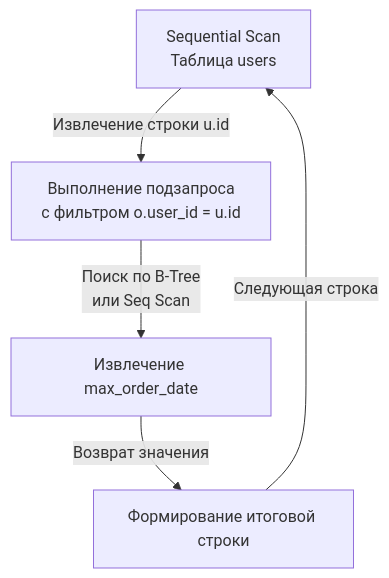
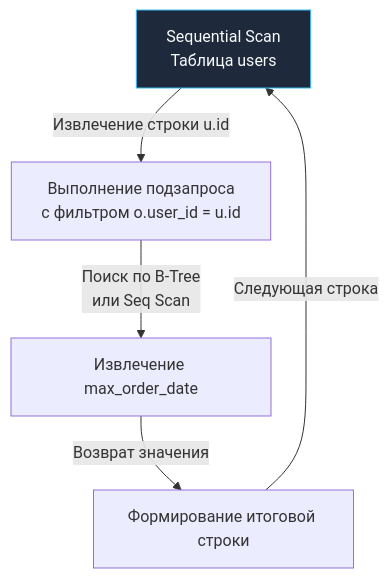
Before and after one commit to UnrealTemplier/go-textbook: the diagram in sources/12. Базы данных/02. SQL базовый/9. Подзапросы.md, drawn with Mermaid. The commit also changed 1666 other files, not shown here.

First line of the commit message:
feat(mermaid): add semantic color classDef to 1369 colorless flowchart/graph diagrams

````diff
--- a/sources/12. Базы данных/02. SQL базовый/9. Подзапросы.md
+++ b/sources/12. Базы данных/02. SQL базовый/9. Подзапросы.md
@@ -88,7 +88,17 @@
 ```mermaid
 flowchart TD
-    OuterScan["Sequential Scan<br>Таблица users"] -->|"Извлечение строки u.id"| InnerExecution["Выполнение подзапроса<br>с фильтром o.user_id = u.id"]
+    classDef process  fill:#1e293b,stroke:#38bdf8,stroke-width:1px,color:#f8fafc
+    classDef success  fill:#064e3b,stroke:#34d399,stroke-width:1px,color:#f8fafc
+    classDef error    fill:#7f1d1d,stroke:#f87171,stroke-width:1px,color:#f8fafc
+    classDef warning  fill:#78350f,stroke:#fbbf24,stroke-width:1px,color:#f8fafc
+    classDef entry    fill:#1e3a5f,stroke:#38bdf8,stroke-width:2px,color:#f8fafc
+    classDef aux      fill:#334155,stroke:#64748b,stroke-width:1px,color:#f8fafc
+    classDef system   fill:#312e81,stroke:#a78bfa,stroke-width:1px,color:#f8fafc
+    classDef data     fill:#132d29,stroke:#2dd4bf,stroke-width:1px,color:#f8fafc
+    classDef network  fill:#881337,stroke:#fb7185,stroke-width:1px,color:#f8fafc
+    classDef accent   fill:#1e1b4b,stroke:#818cf8,stroke-width:1px,color:#f8fafc
+    OuterScan["Sequential Scan<br>Таблица users"]:::process -->|"Извлечение строки u.id"| InnerExecution["Выполнение подзапроса<br>с фильтром o.user_id = u.id"]
     InnerExecution -->|"Поиск по B-Tree<br>или Seq Scan"| FetchOrder["Извлечение max_order_date"]
     FetchOrder -->|"Возврат значения"| ResultRow["Формирование итоговой строки"]
     ResultRow -->|"Следующая строка"| OuterScan
 ```
````
